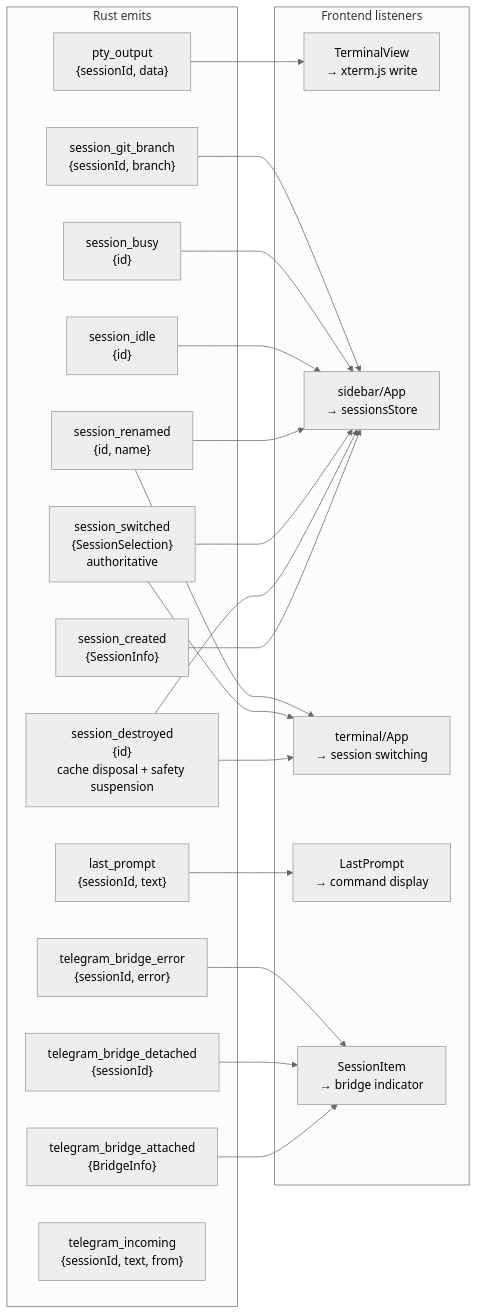
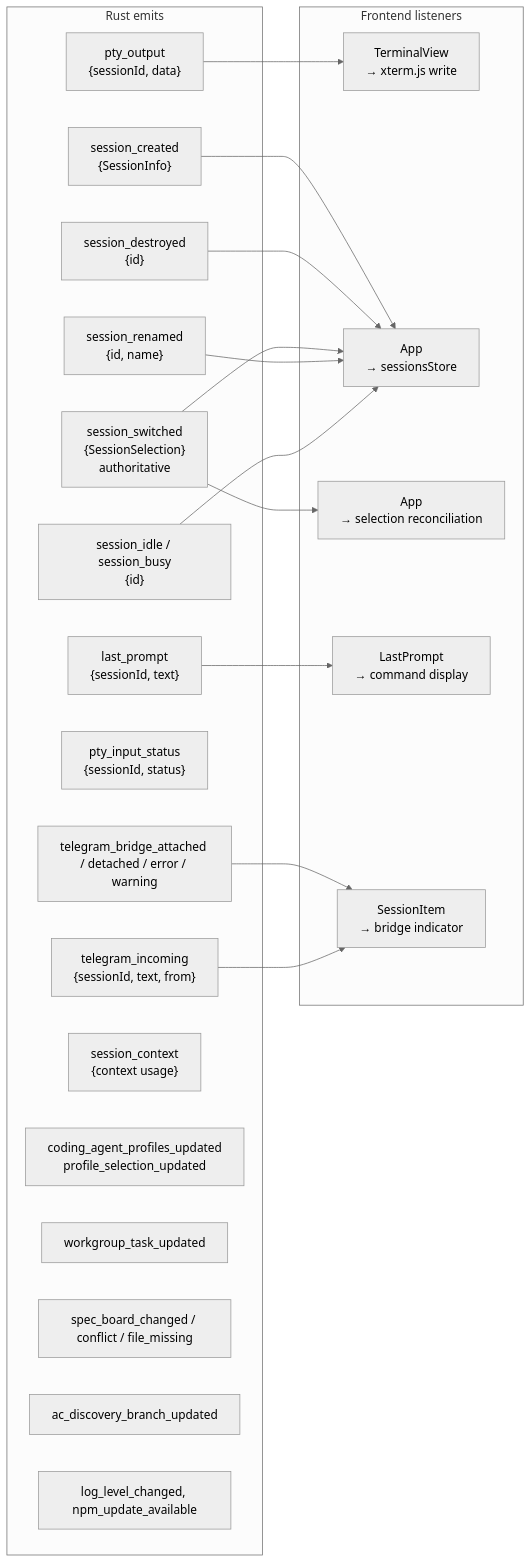
The sixth of 14 diagrams in docs/reference/architecture.md (mblua/AgentsCommander), drawn with Mermaid (neutral theme) before and after one commit. The commit also changed other lines of this file, not shown here.

First line of the commit message:
docs(1320): rewrite architecture map against current 0.20.x codebase

````diff
--- a/docs/reference/architecture.md
+++ b/docs/reference/architecture.md
@@ -292,42 +330,40 @@
 ```mermaid
 graph LR
     subgraph "Rust emits"
         E1["pty_output<br/>{sessionId, data}"]
         E2["session_created<br/>{SessionInfo}"]
-        E3["session_destroyed<br/>{id}<br/>cache disposal + safety suspension"]
+        E3["session_destroyed<br/>{id}"]
         E4["session_switched<br/>{SessionSelection}<br/>authoritative"]
         E5["session_renamed<br/>{id, name}"]
-        E6["session_idle<br/>{id}"]
-        E7["session_busy<br/>{id}"]
-        E8["session_git_branch<br/>{sessionId, branch}"]
-        E9["last_prompt<br/>{sessionId, text}"]
-        E10["telegram_bridge_attached<br/>{BridgeInfo}"]
-        E11["telegram_bridge_detached<br/>{sessionId}"]
-        E12["telegram_bridge_error<br/>{sessionId, error}"]
-        E13["telegram_incoming<br/>{sessionId, text, from}"]
+        E6["session_idle / session_busy<br/>{id}"]
+        E7["last_prompt<br/>{sessionId, text}"]
+        E8["pty_input_status<br/>{sessionId, status}"]
+        E9["telegram_bridge_attached / detached / error / warning"]
+        E10["telegram_incoming<br/>{sessionId, text, from}"]
+        E11["session_context<br/>{context usage}"]
+        E12["coding_agent_profiles_updated<br/>profile_selection_updated"]
+        E13["workgroup_task_updated"]
+        E14["spec_board_changed / conflict / file_missing"]
+        E15["ac_discovery_branch_updated"]
+        E16["log_level_changed, npm_update_available"]
     end
 
     subgraph "Frontend listeners"
         L1["TerminalView<br/>→ xterm.js write"]
-        L2["sidebar/App<br/>→ sessionsStore"]
-        L3["terminal/App<br/>→ session switching"]
+        L2["App<br/>→ sessionsStore"]
+        L3["App<br/>→ selection reconciliation"]
         L4["LastPrompt<br/>→ command display"]
         L5["SessionItem<br/>→ bridge indicator"]
     end
 
     E1 --> L1
     E2 --> L2
     E3 --> L2
-    E3 --> L3
     E4 --> L2
     E4 --> L3
     E5 --> L2
-    E5 --> L3
     E6 --> L2
-    E7 --> L2
-    E8 --> L2
-    E9 --> L4
+    E7 --> L4
+    E9 --> L5
     E10 --> L5
-    E11 --> L5
-    E12 --> L5
 ```
````
